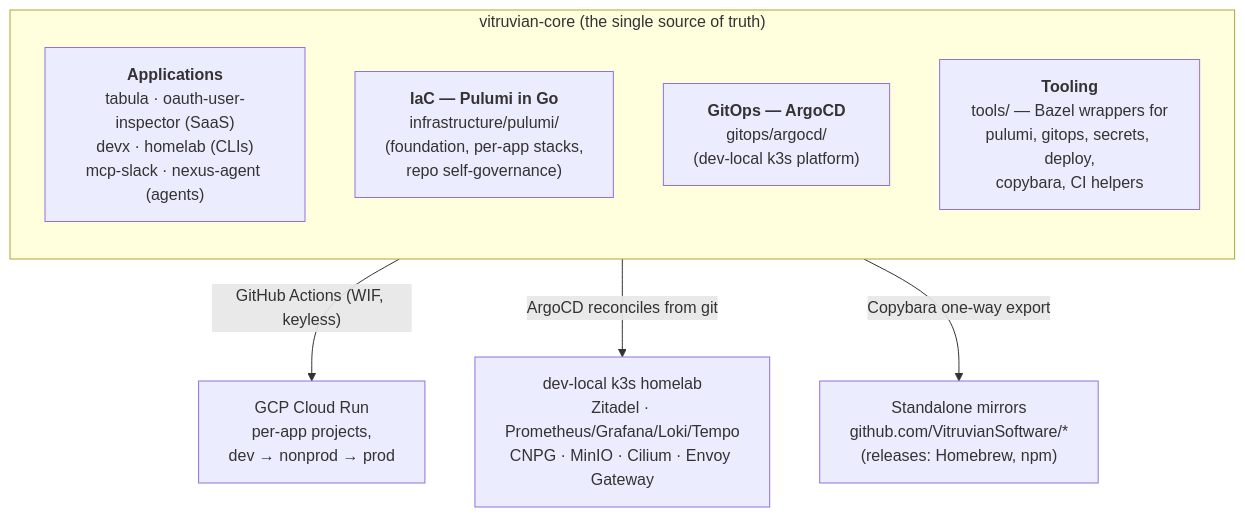
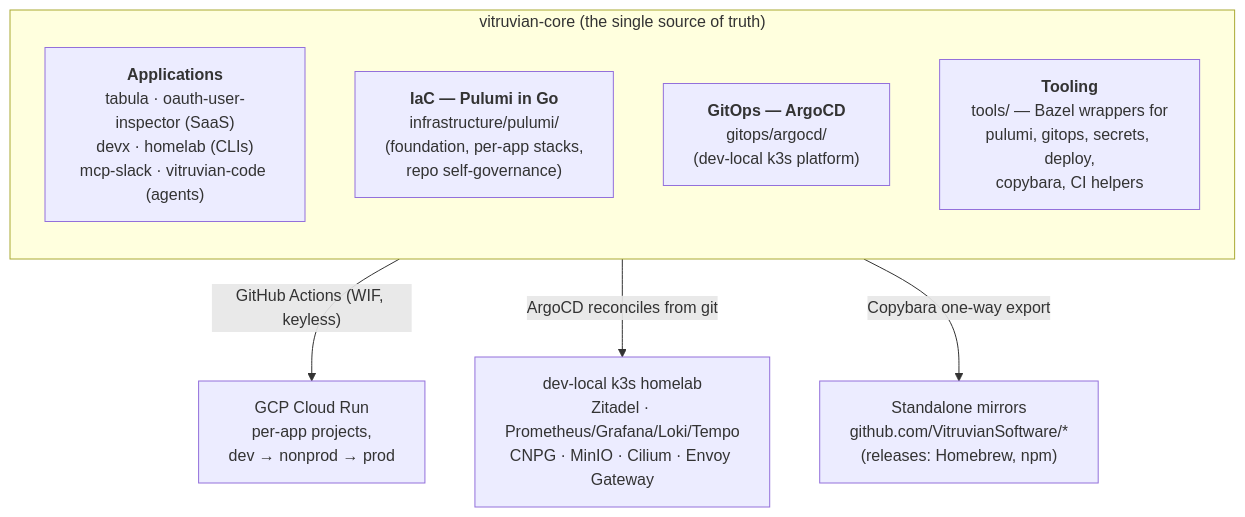
One commit to VitruvianSoftware/vitruvian-core changed the diagram in docs/README.md. Above: the diagram before and after it, drawn with Mermaid. The commit also changed 122 other files, not shown here.

Commit message:
chore(vitruvian-code): wip checkpoint

````diff
--- a/docs/README.md
+++ b/docs/README.md
@@ -25,14 +25,14 @@
 ```mermaid
 flowchart TB
     subgraph repo["vitruvian-core (the single source of truth)"]
         direction TB
-        apps["<b>Applications</b><br/>tabula · oauth-user-inspector (SaaS)<br/>devx · homelab (CLIs)<br/>mcp-slack · nexus-agent (agents)"]
+        apps["<b>Applications</b><br/>tabula · oauth-user-inspector (SaaS)<br/>devx · homelab (CLIs)<br/>mcp-slack · vitruvian-code (agents)"]
         iac["<b>IaC — Pulumi in Go</b><br/>infrastructure/pulumi/<br/>(foundation, per-app stacks,<br/>repo self-governance)"]
         gitops["<b>GitOps — ArgoCD</b><br/>gitops/argocd/<br/>(dev-local k3s platform)"]
         tools["<b>Tooling</b><br/>tools/ — Bazel wrappers for<br/>pulumi, gitops, secrets, deploy,<br/>copybara, CI helpers"]
     end
 
     repo -->|"GitHub Actions (WIF, keyless)"| gcp["GCP Cloud Run<br/>per-app projects,<br/>dev → nonprod → prod"]
     repo -->|"ArgoCD reconciles from git"| k3s["dev-local k3s homelab<br/>Zitadel · Prometheus/Grafana/Loki/Tempo<br/>CNPG · MinIO · Cilium · Envoy Gateway"]
     repo -->|"Copybara one-way export"| mirrors["Standalone mirrors<br/>github.com/VitruvianSoftware/*<br/>(releases: Homebrew, npm)"]
 ```
````
